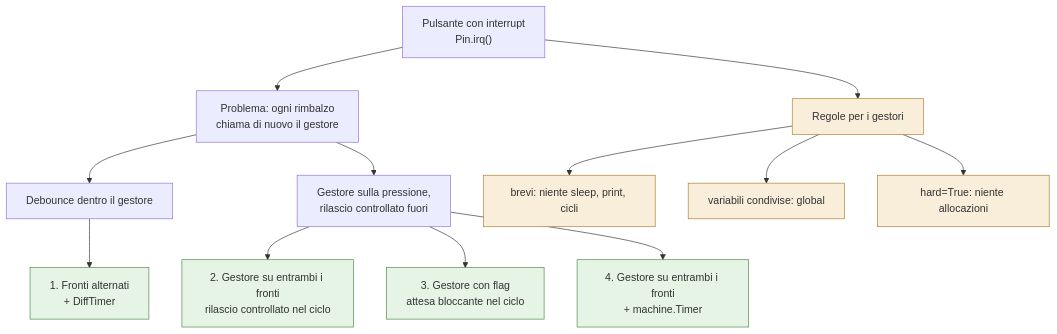
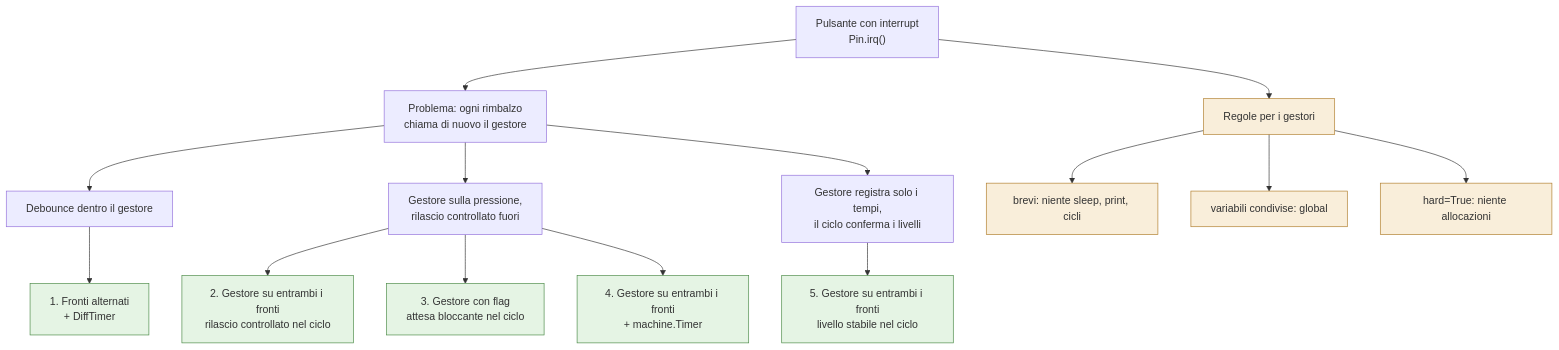
One commit to sebastianomelita/ArduinoBareMetal changed the diagram in pulsanti-interrupt-mpy.md. Above: the diagram before and after it, drawn with Mermaid. The commit also changed other lines of this file and 1 other file, not shown here.

````diff
--- a/pulsanti-interrupt-mpy.md
+++ b/pulsanti-interrupt-mpy.md
@@ -24,18 +24,20 @@
 ```mermaid
 flowchart TD
     C["Pulsante con interrupt<br/>Pin.irq()"] --> D["Problema: ogni rimbalzo<br/>chiama di nuovo il gestore"]
     C --> R["Regole per i gestori"]
     D --> G1["Debounce dentro il gestore"]
     D --> L["Gestore sulla pressione,<br/>rilascio controllato fuori"]
     G1 --> T1["1. Fronti alternati<br/>+ DiffTimer"]
     L --> T2["2. Gestore su entrambi i fronti<br/>rilascio controllato nel ciclo"]
     L --> T3["3. Gestore con flag<br/>attesa bloccante nel ciclo"]
     L --> T4["4. Gestore su entrambi i fronti<br/>+ machine.Timer"]
+    D --> S["Gestore registra solo i tempi,<br/>il ciclo conferma i livelli"]
+    S --> T5["5. Gestore su entrambi i fronti<br/>livello stabile nel ciclo"]
     R --> R1["brevi: niente sleep, print, cicli"]
     R --> R2["variabili condivise: global"]
     R --> R3["hard=True: niente allocazioni"]
     classDef tecnica fill:#e5f4e4,stroke:#4a8a46
     classDef regola fill:#f9eeda,stroke:#b07d2b
-    class T1,T2,T3,T4 tecnica
+    class T1,T2,T3,T4,T5 tecnica
     class R,R1,R2,R3 regola
 ```
````
